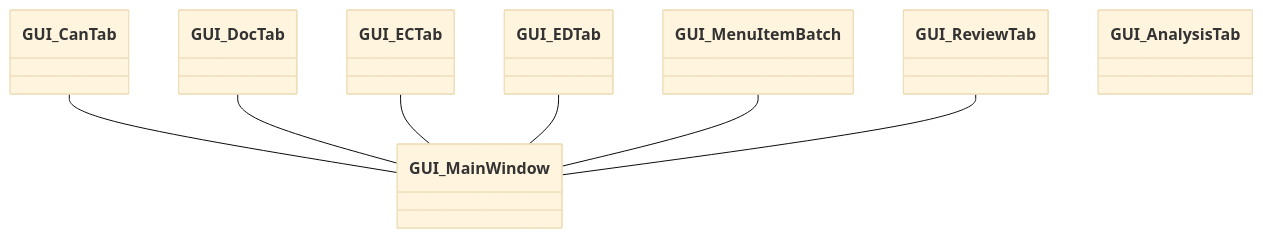
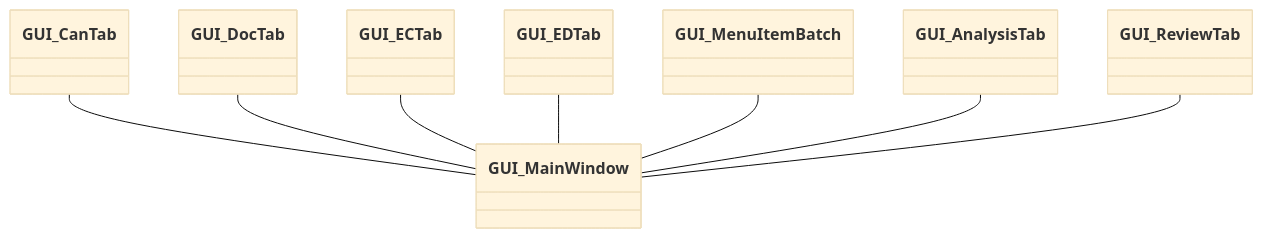
Before and after one commit to IComplainInComments/JGAAP_JavaFX: the diagram in Design.md, drawn with Mermaid (base theme).

````diff
--- a/Design.md
+++ b/Design.md
@@ -5,35 +5,35 @@
 ```mermaid
 classDiagram
     GUI_CanTab -- GUI_MainWindow
     GUI_DocTab -- GUI_MainWindow
     GUI_ECTab -- GUI_MainWindow
     GUI_EDTab -- GUI_MainWindow
     GUI_MenuItemBatch -- GUI_MainWindow
-    GUI_AnalysisTab
+    GUI_AnalysisTab -- GUI_MainWindow
     GUI_ReviewTab -- GUI_MainWindow
 
     class GUI_CanTab{
 
     }
     class GUI_DocTab{
 
     }
     class GUI_ECTab{
 
     }
     class GUI_EDTab{
 
     }
     class GUI_MainWindow{
 
     }
     class GUI_MenuItemBatch{
 
     }
     class GUI_AnalysisTab{
-        
+
     }
     class GUI_ReviewTab{
 
     }
 ```
````
